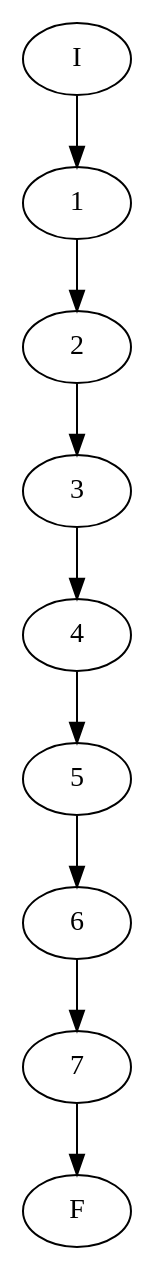
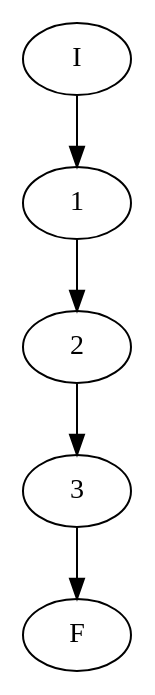
One commit to Diego77Blaze/gramaticaspl3 changed the diagram in complejidad0.dot. Above: the diagram before and after it, drawn with Graphviz. The commit also changed 21 other files, not shown here.

```diff
--- a/complejidad0.dot
+++ b/complejidad0.dot
@@ -1,10 +1,6 @@
 digraph complejidad0 {
 	1->2;
 	I->1;
 	2->3;
-	3->4;
-	4->5;
-	5->6;
-	6->7;
-	7->F;
+	3->F;
 	}
```
